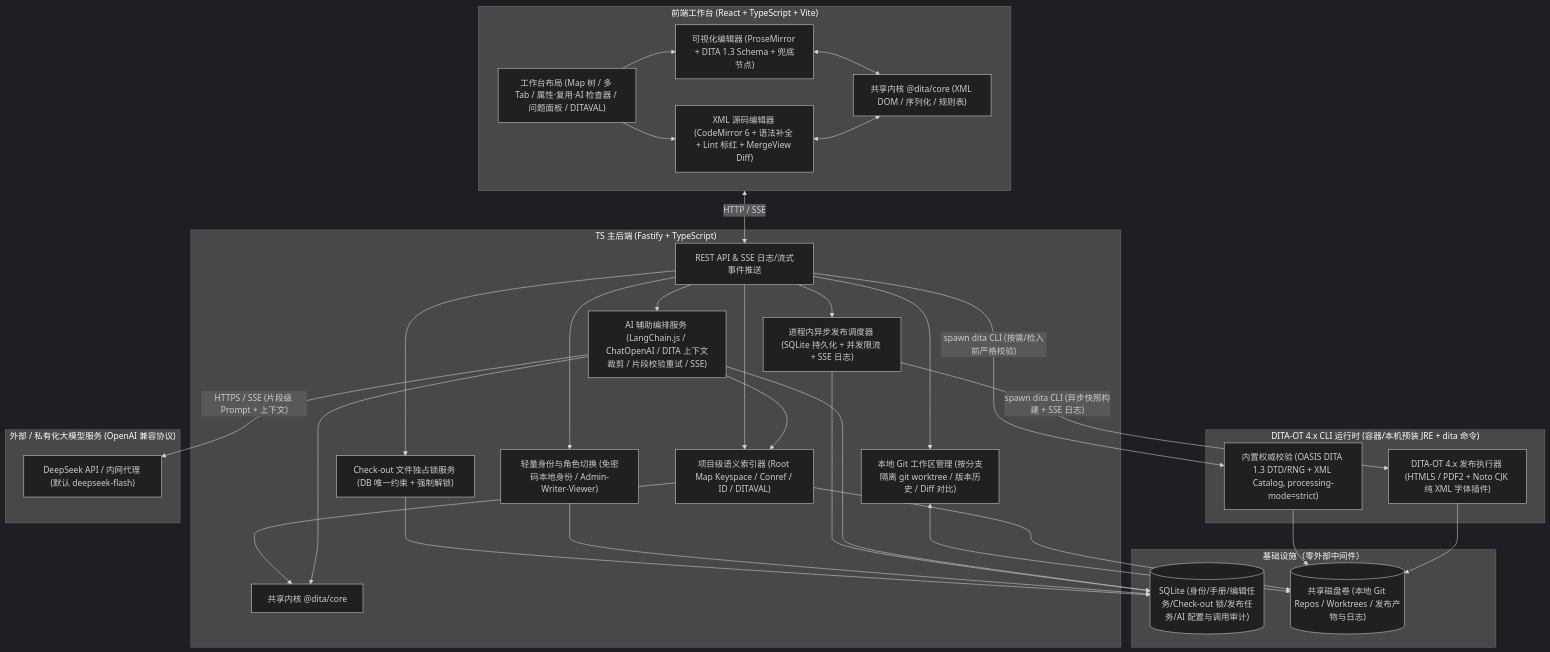
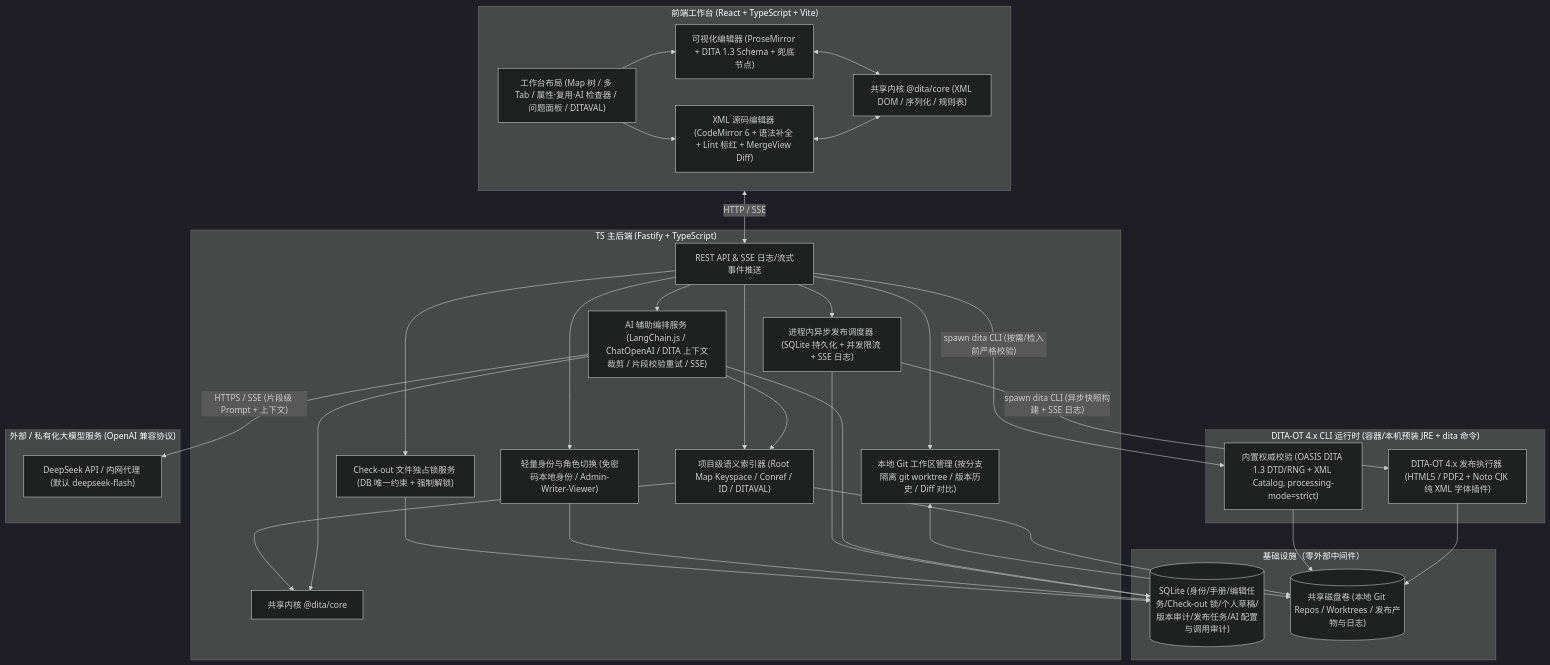
The first of 2 diagrams in docs/architecture-and-plan.md (Ericfeng84/DITAEditor), drawn with Mermaid (dark theme) before and after one commit. The commit also changed other lines of this file and 97 other files, not shown here.

````diff
--- a/docs/architecture-and-plan.md
+++ b/docs/architecture-and-plan.md
@@ -35,60 +38,60 @@
 ```mermaid
 flowchart TB
     subgraph Client["前端工作台 (React + TypeScript + Vite)"]
         UI["工作台布局 (Map 树 / 多 Tab / 属性·复用·AI 检查器 / 问题面板 / DITAVAL)"]
         PM["可视化编辑器 (ProseMirror + DITA 1.3 Schema + 兜底节点)"]
         CM["XML 源码编辑器 (CodeMirror 6 + 语法补全 + Lint 标红 + MergeView Diff)"]
         CoreFE["共享内核 @dita/core (XML DOM / 序列化 / 规则表)"]
         UI --> PM
         UI --> CM
         PM <--> CoreFE
         CM <--> CoreFE
     end
 
     subgraph Server["TS 主后端 (Fastify + TypeScript)"]
         API["REST API & SSE 日志/流式事件推送"]
         Auth["轻量身份与角色切换 (免密码本地身份 / Admin-Writer-Viewer)"]
         Lock["Check-out 文件独占锁服务 (DB 唯一约束 + 强制解锁)"]
         GitMgr["本地 Git 工作区管理 (按分支隔离 git worktree / 版本历史 / Diff 对比)"]
         Indexer["项目级语义索引器 (Root Map Keyspace / Conref / ID / DITAVAL)"]
         Queue["进程内异步发布调度器 (SQLite 持久化 + 并发限流 + SSE 日志)"]
         AISvc["AI 辅助编排服务 (LangChain.js / ChatOpenAI / DITA 上下文裁剪 / 片段校验重试 / SSE)"]
         CoreBE["共享内核 @dita/core"]
         API --> Auth
         API --> Lock
         API --> GitMgr
         API --> Indexer
         API --> Queue
         API --> AISvc
         Indexer --> CoreBE
         AISvc --> CoreBE
         AISvc --> Indexer
     end
 
     subgraph DitaCLI["DITA-OT 4.x CLI 运行时 (容器/本机预装 JRE + dita 命令)"]
         ValSvc["内置权威校验 (OASIS DITA 1.3 DTD/RNG + XML Catalog, processing-mode=strict)"]
         PubSvc["DITA-OT 4.x 发布执行器 (HTML5 / PDF2 + Noto CJK 纯 XML 字体插件)"]
     end
 
     subgraph LLM["外部 / 私有化大模型服务 (OpenAI 兼容协议)"]
         DeepSeek["DeepSeek API / 内网代理 (默认 deepseek-flash)"]
     end
 
     subgraph Infra["基础设施（零外部中间件）"]
-        DB[("SQLite (身份/手册/编辑任务/Check-out 锁/发布任务/AI 配置与调用审计)")]
+        DB[("SQLite (身份/手册/编辑任务/Check-out 锁/个人草稿/版本审计/发布任务/AI 配置与调用审计)")]
         FS[("共享磁盘卷 (本地 Git Repos / Worktrees / 发布产物与日志)")]
     end
 
     Client <-->|"HTTP / SSE"| API
     Lock --> DB
     Auth --> DB
     Queue --> DB
     AISvc --> DB
     AISvc -->|"HTTPS / SSE (片段级 Prompt + 上下文)"| DeepSeek
     GitMgr <--> FS
     Indexer --> FS
     API -->|"spawn dita CLI (按需/检入前严格校验)"| ValSvc
     Queue -->|"spawn dita CLI (异步快照构建 + SSE 日志)"| PubSvc
     ValSvc --> FS
     PubSvc --> FS
 ```
````
